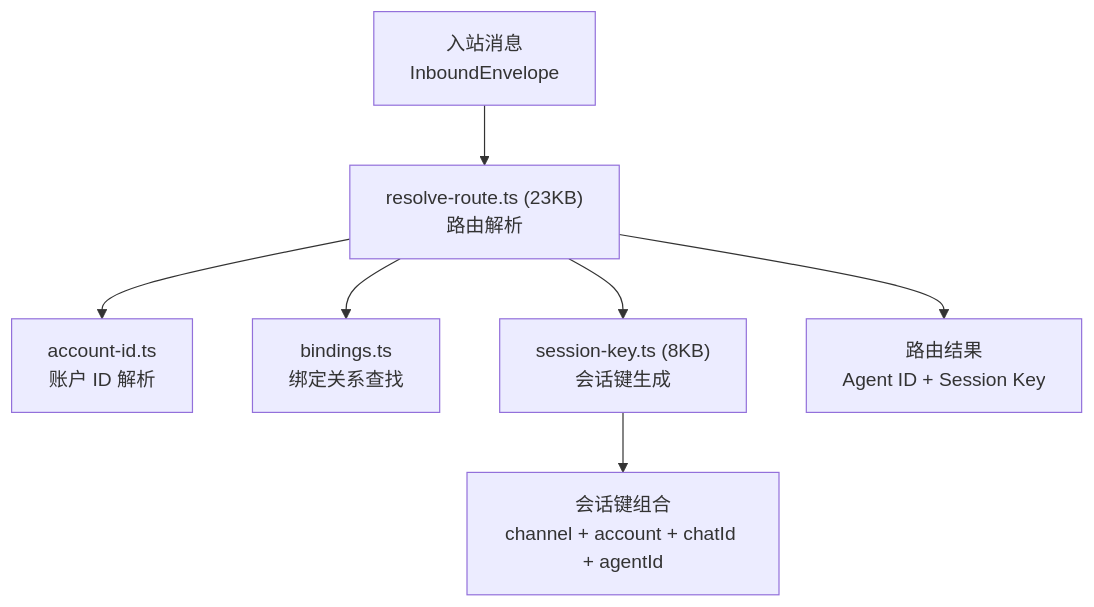
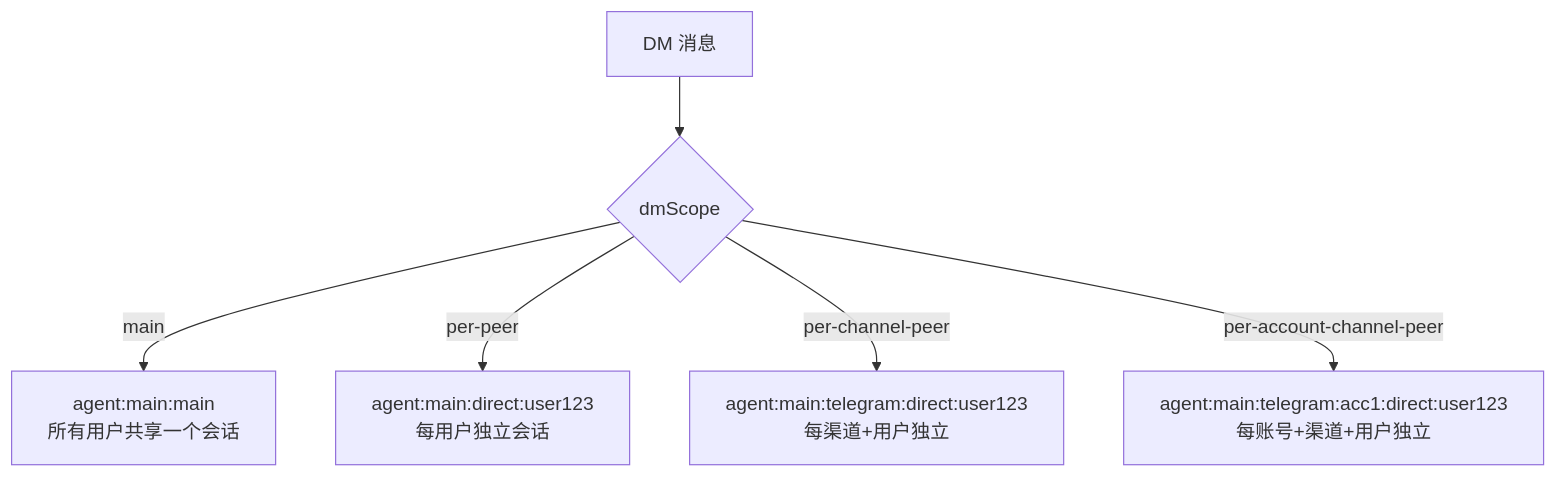
Before and after one commit to royalwang/openclaw: the first of 3 diagrams in zh-docs/modules/channels-routing.md, drawn with Mermaid. The commit also changed other lines of this file and 8 other files, not shown here.

````diff
--- a/zh-docs/modules/channels-routing.md
+++ b/zh-docs/modules/channels-routing.md
@@ -61,11 +37,8 @@
 ```mermaid
 flowchart TD
-    MSG["入站消息<br/>InboundEnvelope"] --> RESOLVE["resolve-route.ts (23KB)<br/>路由解析"]
-    RESOLVE --> ACCOUNT["account-id.ts<br/>账户 ID 解析"]
-    RESOLVE --> BINDING["bindings.ts<br/>绑定关系查找"]
-    RESOLVE --> SKEY["session-key.ts (8KB)<br/>会话键生成"]
-
-    SKEY --> COMPOSE["会话键组合<br/>channel + account + chatId + agentId"]
-
-    RESOLVE --> RESULT["路由结果<br/>Agent ID + Session Key"]
+    DM["DM 消息"] --> SCOPE{"dmScope"}
+    SCOPE -->|main| MAIN["agent:main:main<br/>所有用户共享一个会话"]
+    SCOPE -->|per-peer| PEER["agent:main:direct:user123<br/>每用户独立会话"]
+    SCOPE -->|per-channel-peer| CP["agent:main:telegram:direct:user123<br/>每渠道+用户独立"]
+    SCOPE -->|per-account-channel-peer| ACP["agent:main:telegram:acc1:direct:user123<br/>每账号+渠道+用户独立"]
 ```
````
